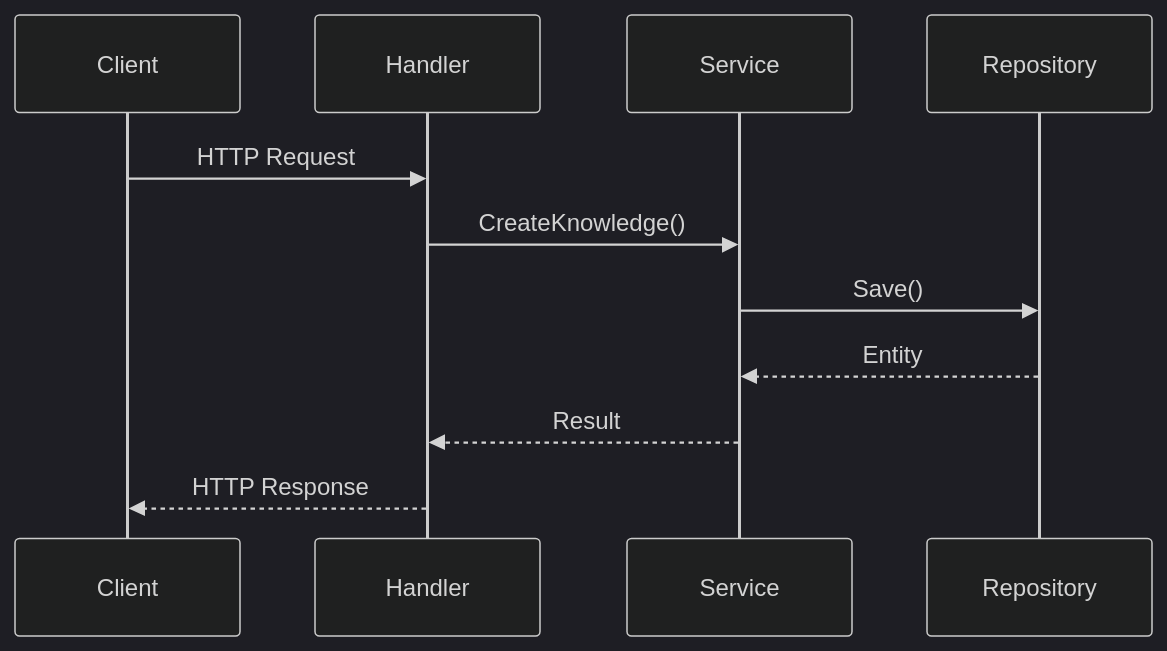
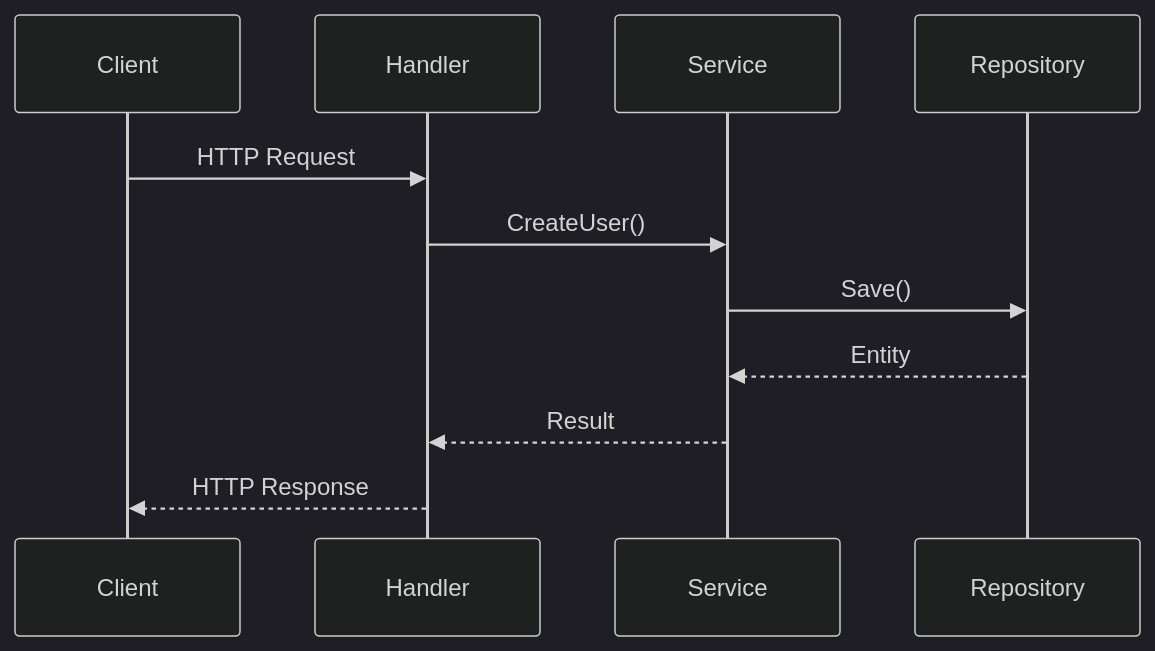
The second of 3 diagrams in backend/docs/writing_guide.md (ChihayaAnonnn/mygo), drawn with Mermaid (dark theme) before and after one commit. The commit also changed other lines of this file and 91 other files, not shown here.

````diff
--- a/backend/docs/writing_guide.md
+++ b/backend/docs/writing_guide.md
@@ -34,14 +34,14 @@
 ```mermaid
 sequenceDiagram
     participant Client
     participant Handler
     participant Service
     participant Repository
     
     Client->>Handler: HTTP Request
-    Handler->>Service: CreateKnowledge()
+    Handler->>Service: CreateUser()
     Service->>Repository: Save()
     Repository-->>Service: Entity
     Service-->>Handler: Result
     Handler-->>Client: HTTP Response
 ```
````
